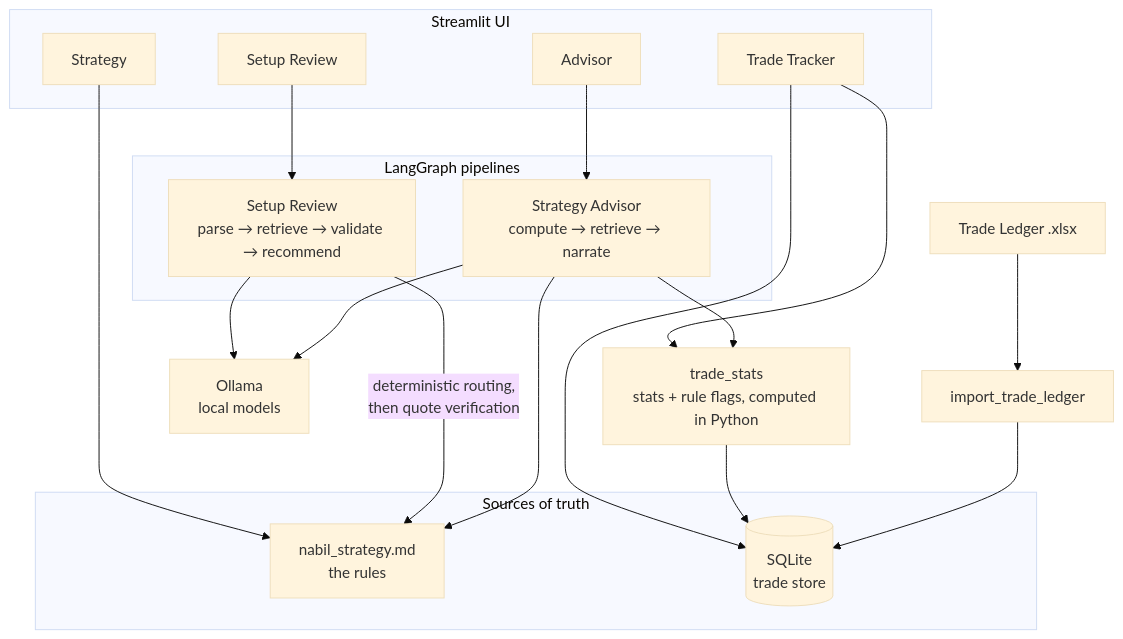
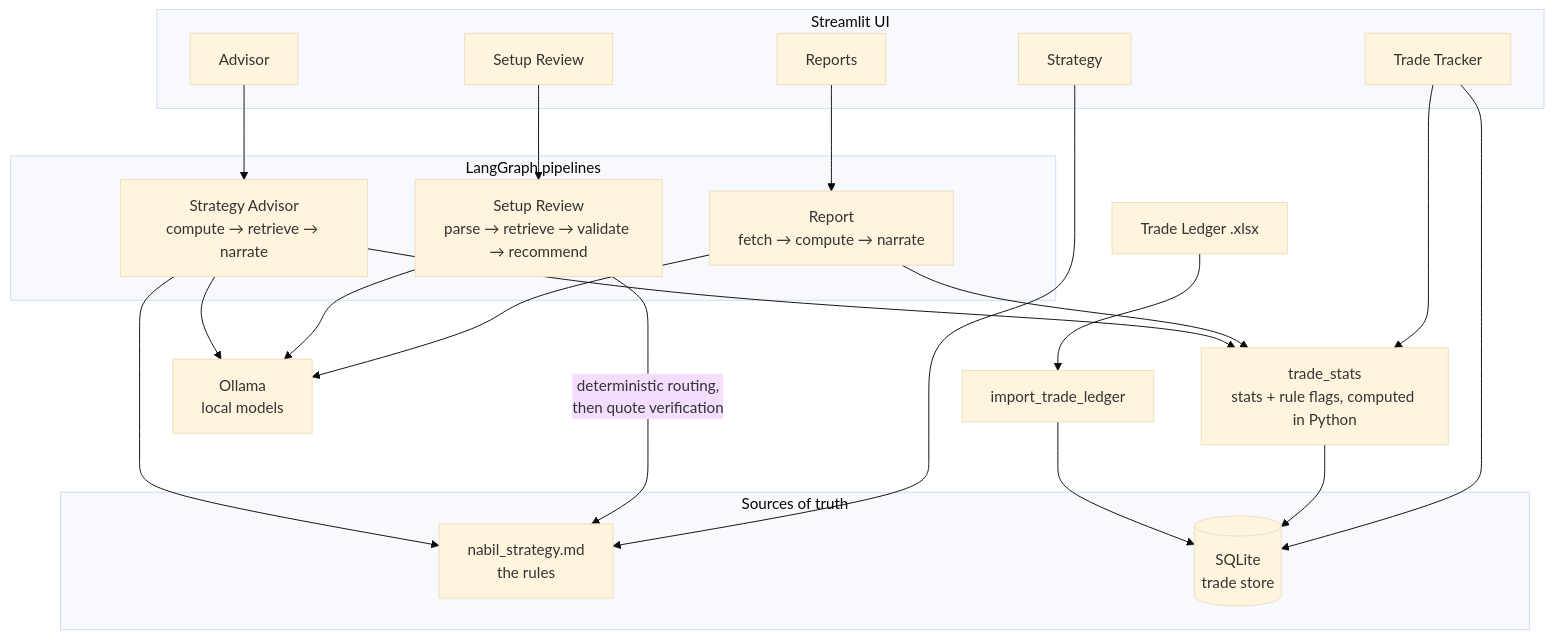
The diagram in README.md (Walid-eng-cyber/confluence), drawn with Mermaid (base theme) before and after one commit. The commit also changed other lines of this file and 8 other files, not shown here.

````diff
--- a/README.md
+++ b/README.md
@@ -17,41 +17,46 @@
 ```mermaid
 flowchart TB
     subgraph UI["Streamlit UI"]
         R["Setup Review"]
         S["Strategy"]
         T["Trade Tracker"]
+        P["Reports"]
         A["Advisor"]
     end
 
     subgraph GRAPHS["LangGraph pipelines"]
         SRG["Setup Review<br/>parse → retrieve → validate → recommend"]
         ADV["Strategy Advisor<br/>compute → retrieve → narrate"]
+        REP["Report<br/>fetch → compute → narrate"]
     end
 
     STATS["trade_stats<br/>stats + rule flags, computed in Python"]
 
     subgraph TRUTH["Sources of truth"]
         KB["nabil_strategy.md<br/>the rules"]
         DB[("SQLite<br/>trade store")]
     end
 
     LLM["Ollama<br/>local models"]
     XLSX["Trade Ledger .xlsx"]
 
     R --> SRG
     S --> KB
     T --> DB
     T --> STATS
     A --> ADV
+    P --> REP
+    REP --> STATS
+    REP --> LLM
 
     SRG -->|"deterministic routing,<br/>then quote verification"| KB
     SRG --> LLM
 
     ADV --> STATS
     STATS --> DB
     ADV --> KB
     ADV --> LLM
 
     XLSX --> IMP["import_trade_ledger"]
     IMP --> DB
 ```
````
